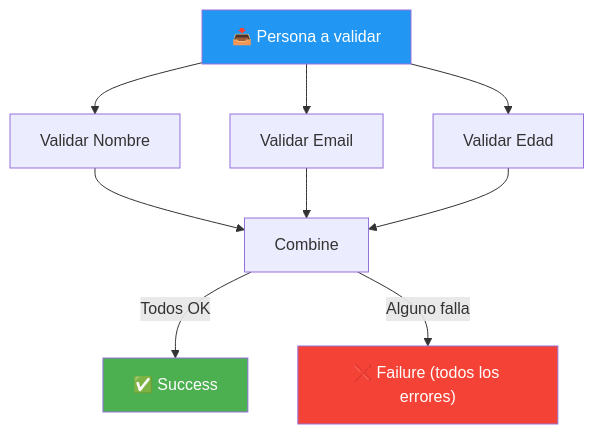
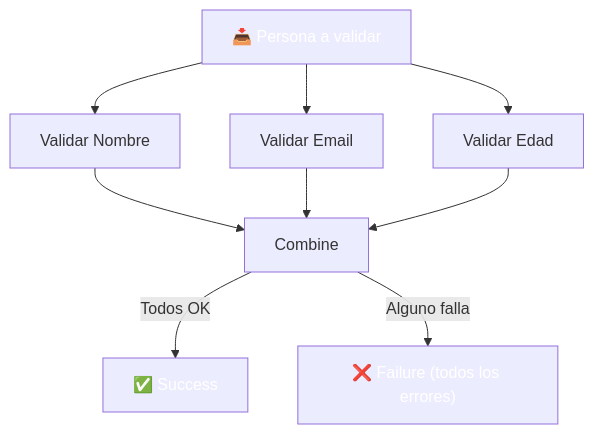
Before and after one commit to joseluisgs/DesarrolloWebEntornosServidor-01-2026-2027: the fourth of 5 diagrams in 15-rop-result.md, drawn with Mermaid. The commit also changed other lines of this file and 66 other files, not shown here.

First line of the commit message:
fix: normalizar titulos al castellano de frase y corregir la paleta de mermaid

````diff
--- a/15-rop-result.md
+++ b/15-rop-result.md
@@ -593,15 +593,15 @@
 ```mermaid
 flowchart TD
     A["📥 Persona a validar"] --> B["Validar Nombre"]
     A --> C["Validar Email"]
     A --> D["Validar Edad"]
     B --> E["Combine"]
     C --> E
     D --> E
     E -->|"Todos OK"| F["✅ Success"]
     E -->|"Alguno falla"| G["❌ Failure (todos los errores)"]
 
-    style A fill:#2196F3,color:#fff
-    style F fill:#4CAF50,color:#fff
-    style G fill:#f44336,color:#fff
+    style A fill:#2196F,color:#fff3,color:#fff
+    style F fill:#4CAF5,color:#fff0,color:#fff
+    style G fill:#f4433,color:#fff6,color:#fff
 ```
````
